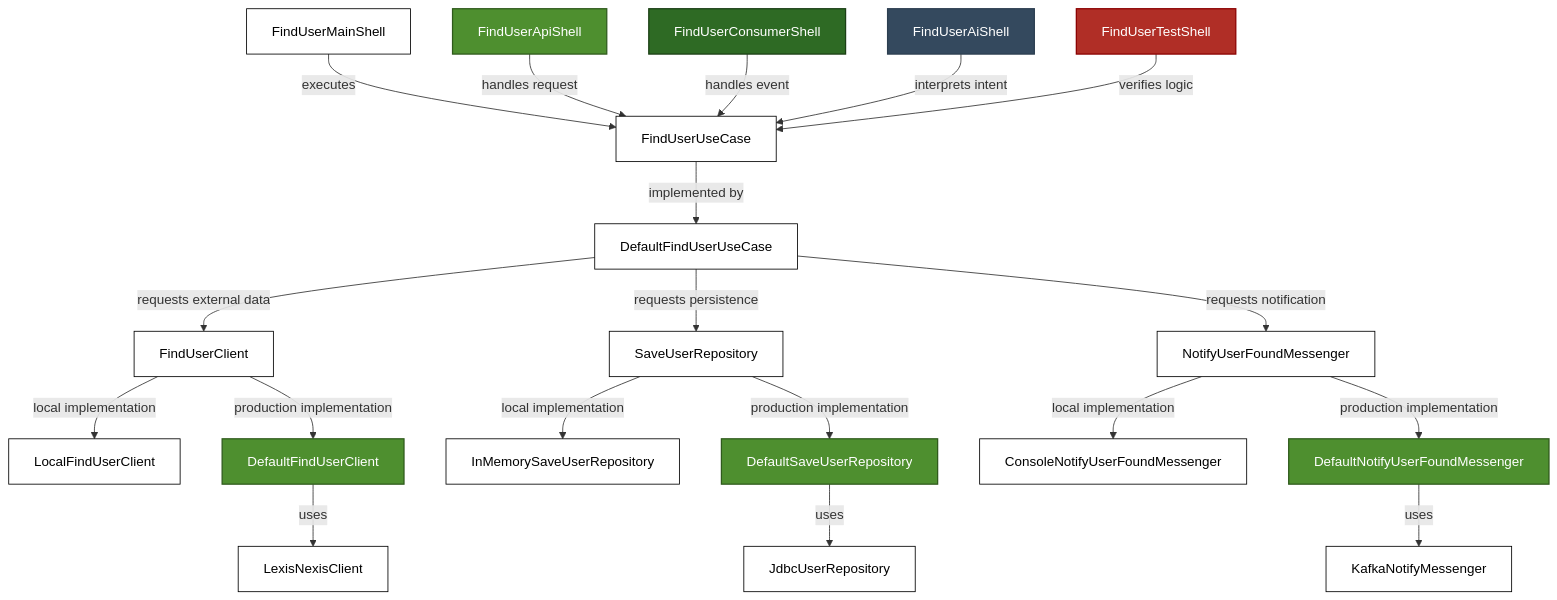
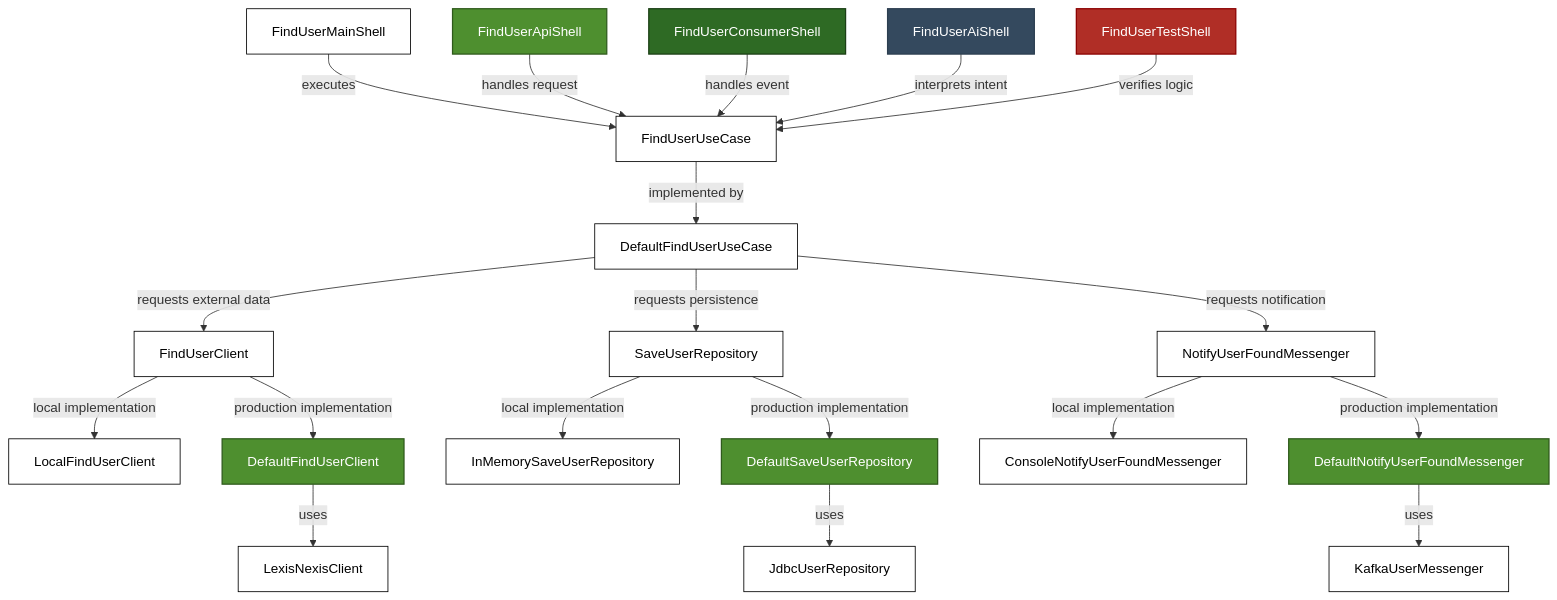
Before and after one commit to hermi-projects/hermi: the second of 2 diagrams in README.md, drawn with Mermaid.

Commit message:
docs: update Kafka messenger class name in README architecture diagram

````diff
--- a/README.md
+++ b/README.md
@@ -614,58 +614,58 @@
 ```mermaid
 graph TD
     %% Main Shell
     S_Main[FindUserMainShell] -->|executes| U_UseCase
 
     %% API Shell
     S_Api[FindUserApiShell] -->|handles request| U_UseCase
 
     %% Consumer Shell
     S_Consumer[FindUserConsumerShell] -->|handles event| U_UseCase
 
     %% AI Shell (New Entry Point)
     S_Ai[FindUserAiShell] -->|interprets intent| U_UseCase
 
     %% JUnit Shell
     S_JUnit[FindUserTestShell] -->|verifies logic| U_UseCase
     
     %% Use Case Interface -> Default Implementation
     U_UseCase[FindUserUseCase] -->|implemented by| U_Default[DefaultFindUserUseCase]
     
     %% Default Implementation -> Contracts
     U_Default -->|requests external data| U_Client[FindUserClient]
     U_Default -->|requests persistence| U_Repo[SaveUserRepository]
     U_Default -->|requests notification| U_Messenger[NotifyUserFoundMessenger]
 
     %% Local Implementations
     U_Client -->|local implementation| A_LocalClient[LocalFindUserClient]
     U_Repo -->|local implementation| A_LocalRepo[InMemorySaveUserRepository]
     U_Messenger -->|local implementation| A_LocalMessenger[ConsoleNotifyUserFoundMessenger]
 
     %% Production Implementations (Updated)
     U_Client -->|production implementation| A_ProdClient[DefaultFindUserClient]
     A_ProdClient -->|uses| A_ProdClientImpl[LexisNexisClient]
 
     U_Repo -->|production implementation| A_ProdRepo[DefaultSaveUserRepository]
     A_ProdRepo -->|uses| A_ProdRepoImpl[JdbcUserRepository]
 
     U_Messenger -->|production implementation| A_ProdMessenger[DefaultNotifyUserFoundMessenger]
-    A_ProdMessenger -->|uses| A_ProdMessengerImpl[KafkaNotifyMessenger]
+    A_ProdMessenger -->|uses| A_ProdMessengerImpl[KafkaUserMessenger]
 
     %% Styling
     classDef local fill:#FFFFFF,color:#000000,stroke:#000000,stroke-width:1px
     classDef api fill:#4E8F2F,color:#FFFFFF,stroke:#2F5A1C,stroke-width:1.5px
     classDef consumer fill:#2E6A24,color:#FFFFFF,stroke:#1B3F15,stroke-width:1.5px
     classDef ai fill:#34495E,color:#FFFFFF,stroke:#2C3E50,stroke-width:1.5px
     classDef test fill:#B02E26,color:#FFFFFF,stroke:#8B0000,stroke-width:1.5px
     classDef core fill:#FFFFFF,color:#000000,stroke:#000000,stroke-width:1px
 
     %% Assign classes
     class S_Main,A_LocalClient,A_LocalRepo,A_LocalMessenger local
     class S_Api api
     class S_Consumer consumer
     class S_Ai ai
     class S_JUnit test
     class U_UseCase,U_Default,U_Client,U_Repo,U_Messenger core
     class A_ProdClient,A_ProdRepo,A_ProdMessenger api
     class A_ProdClientImpl,A_ProdRepoImpl,A_ProdMessengerImpl core
 ```
````
